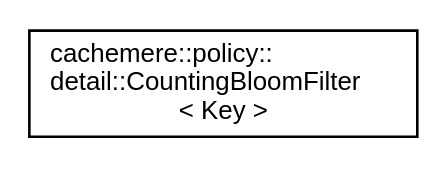
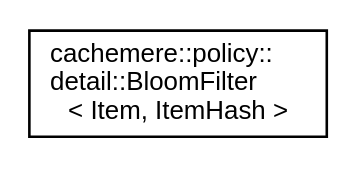
Before and after one commit to coveooss/cachemere: the diagram in docs/inherit_graph_10.dot, drawn with Graphviz. The commit also changed 122 other files, not shown here.

```diff
--- a/docs/inherit_graph_10.dot
+++ b/docs/inherit_graph_10.dot
@@ -1,8 +1,8 @@
 digraph "Graphical Class Hierarchy"
 {
  // LATEX_PDF_SIZE
   edge [fontname="Helvetica",fontsize="10",labelfontname="Helvetica",labelfontsize="10"];
   node [fontname="Helvetica",fontsize="10",shape=record];
   rankdir="LR";
-  Node0 [label="cachemere::policy::\ldetail::CountingBloomFilter\l\< Key \>",height=0.2,width=0.4,color="black", fillcolor="white", style="filled",URL="$classcachemere_1_1policy_1_1detail_1_1CountingBloomFilter.html",tooltip=" "];
+  Node0 [label="cachemere::policy::\ldetail::BloomFilter\l\< Item, ItemHash \>",height=0.2,width=0.4,color="black", fillcolor="white", style="filled",URL="$classcachemere_1_1policy_1_1detail_1_1BloomFilter.html",tooltip="Probabilistic data structure for representing sets in a space-efficient format."];
 }
```
